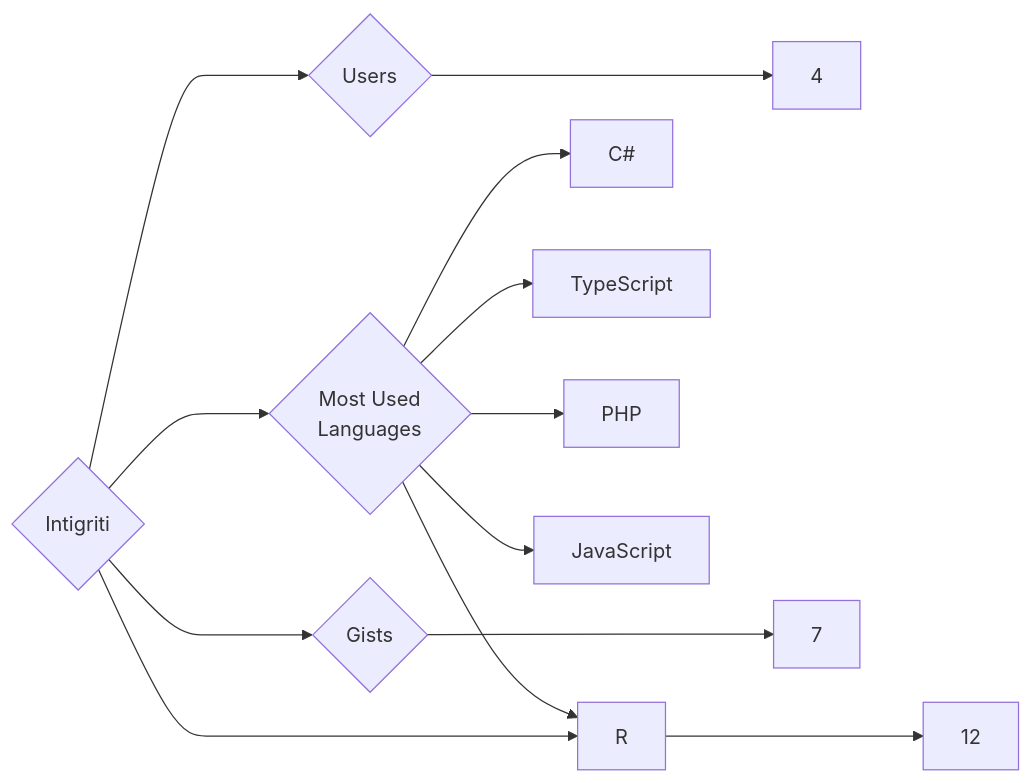
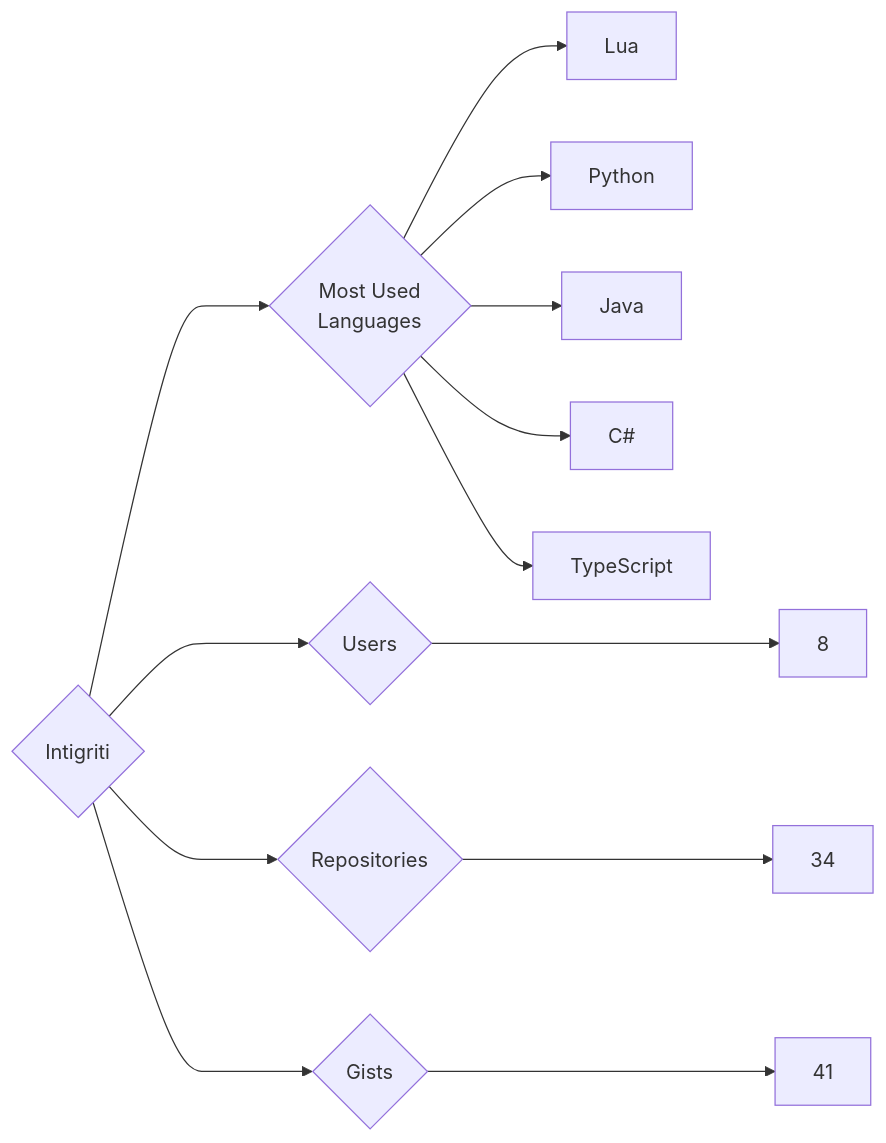
One commit to trickest/insiders changed the diagram in targets/Intigriti/README.md. Above: the diagram before and after it, drawn with Mermaid. The commit also changed 880 other files, not shown here.

````diff
--- a/targets/Intigriti/README.md
+++ b/targets/Intigriti/README.md
@@ -3,13 +3,13 @@
 ```mermaid
 graph LR
 COMPANY_NAME{Intigriti}
-COMPANY_NAME ---> U{Users} ---> UN[4]
-COMPANY_NAME ---> R{Repositories} ---> RN[12]
-COMPANY_NAME ---> G{Gists} ---> GN[7]
+COMPANY_NAME ---> U{Users} ---> UN[8]
+COMPANY_NAME ---> R{Repositories} ---> RN[34]
+COMPANY_NAME ---> G{Gists} ---> GN[41]
 COMPANY_NAME ---> ML{Most Used<br>Languages}
+ML --> Lua[Lua]
+ML --> Python[Python]
+ML --> Java[Java]
 ML --> C#[C#]
 ML --> TypeScript[TypeScript]
-ML --> PHP[PHP]
-ML --> R[R]
-ML --> JavaScript[JavaScript]
 ```
````
